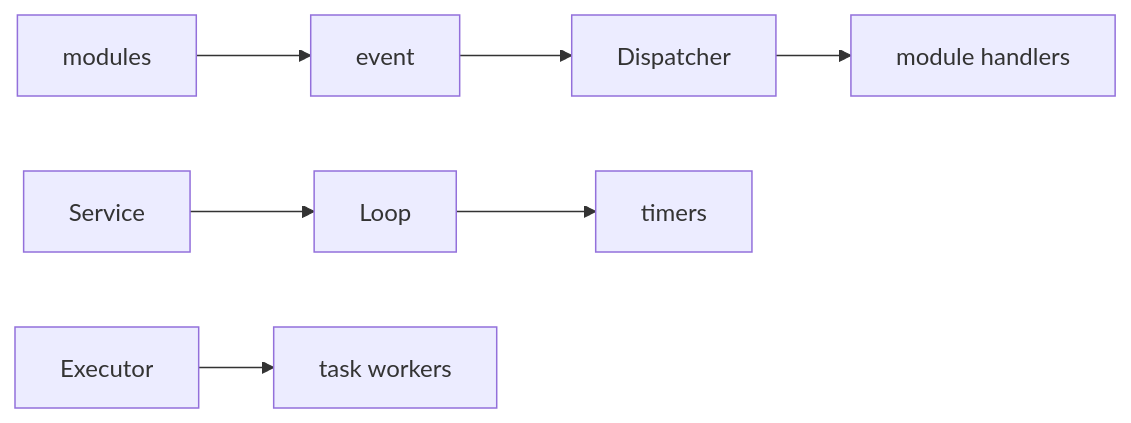
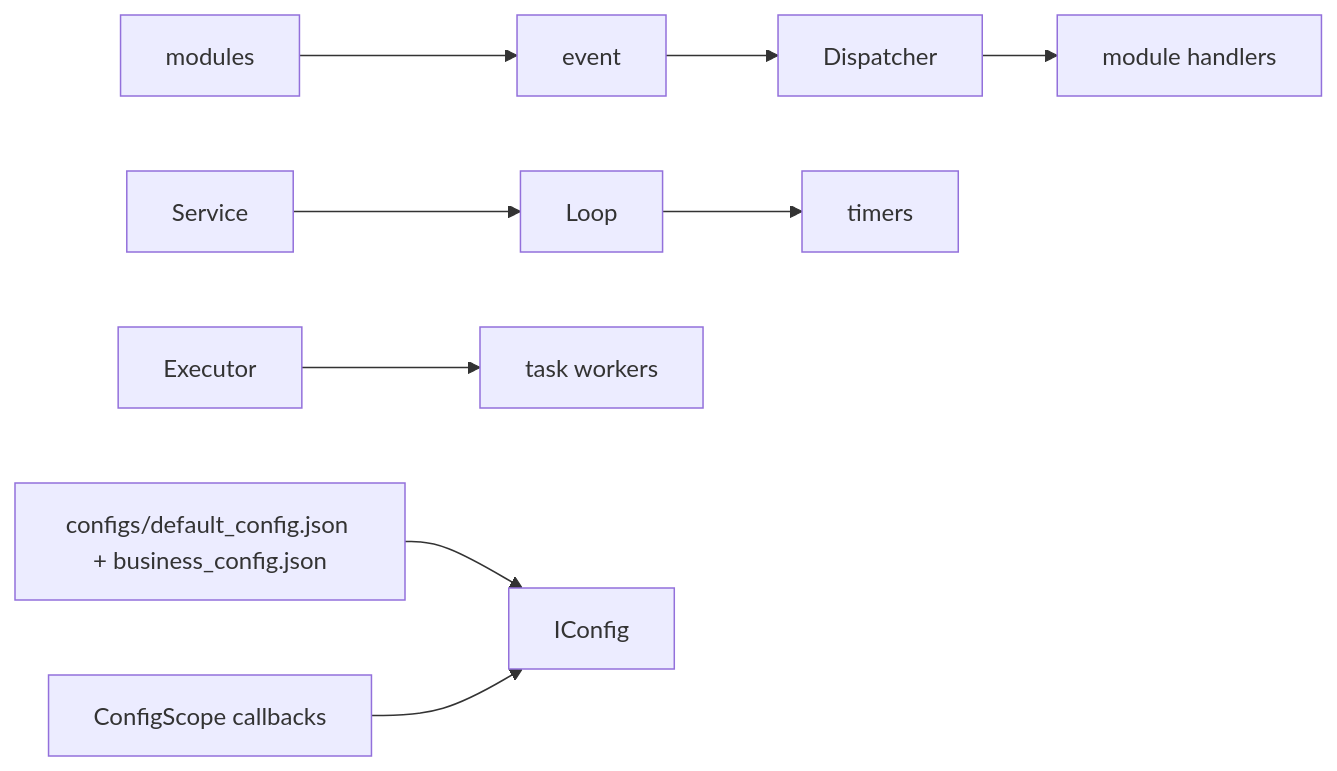
Before and after one commit to 373699756/live_stream: the diagram in docs/libs/event.md, drawn with Mermaid. The commit also changed other lines of this file and 14 other files, not shown here.

````diff
--- a/docs/libs/event.md
+++ b/docs/libs/event.md
@@ -14,9 +14,11 @@
 ```mermaid
 flowchart LR
   Publishers[modules] --> Event[event]
   Event --> Dispatcher[Dispatcher]
   Dispatcher --> Handlers[module handlers]
   Service[Service] --> Loop[Loop]
   Loop --> Timers[timers]
   Executor[Executor] --> Tasks[task workers]
+  ConfigFiles[configs/default_config.json + business_config.json] --> Config[IConfig]
+  Modules[ConfigScope callbacks] --> Config
 ```
````
